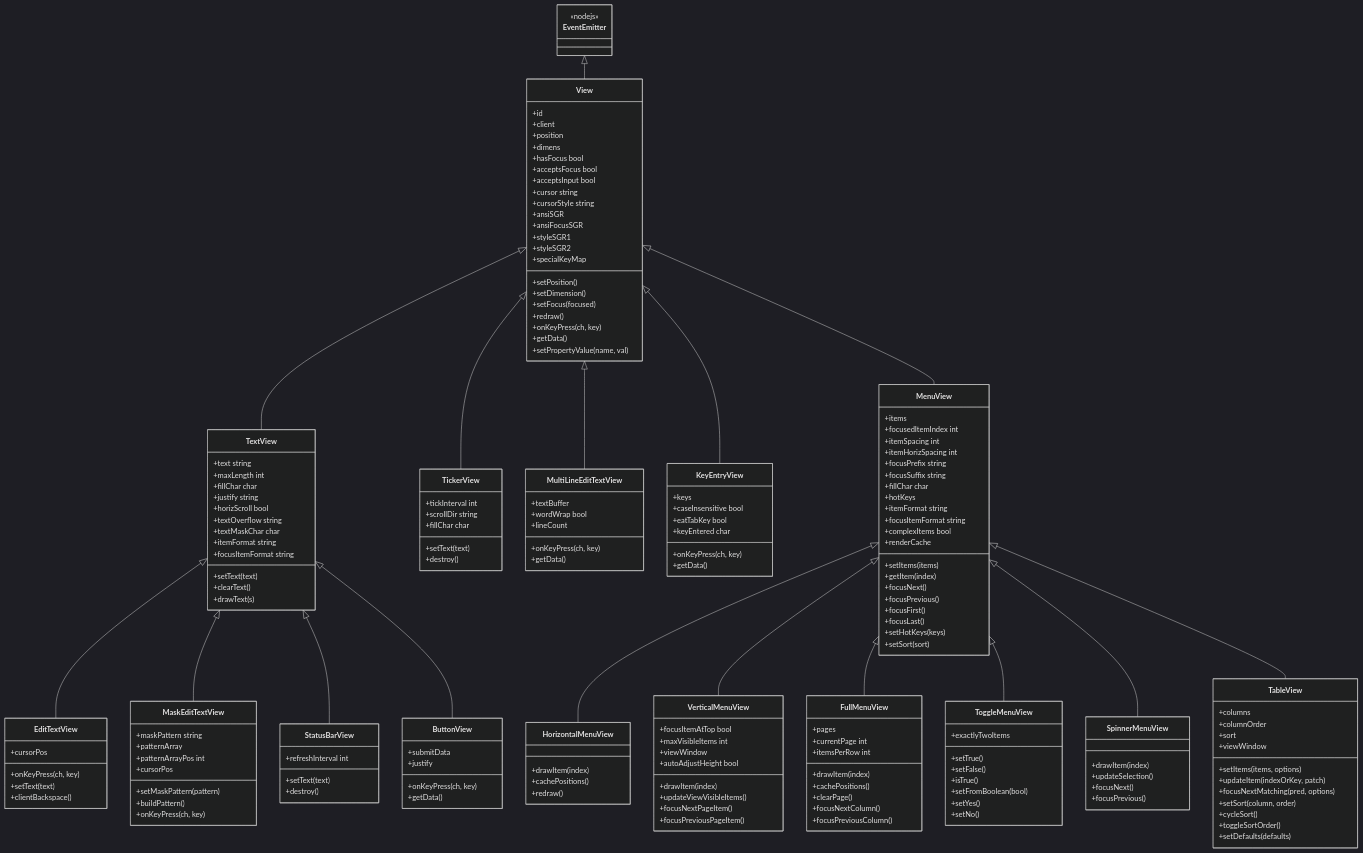
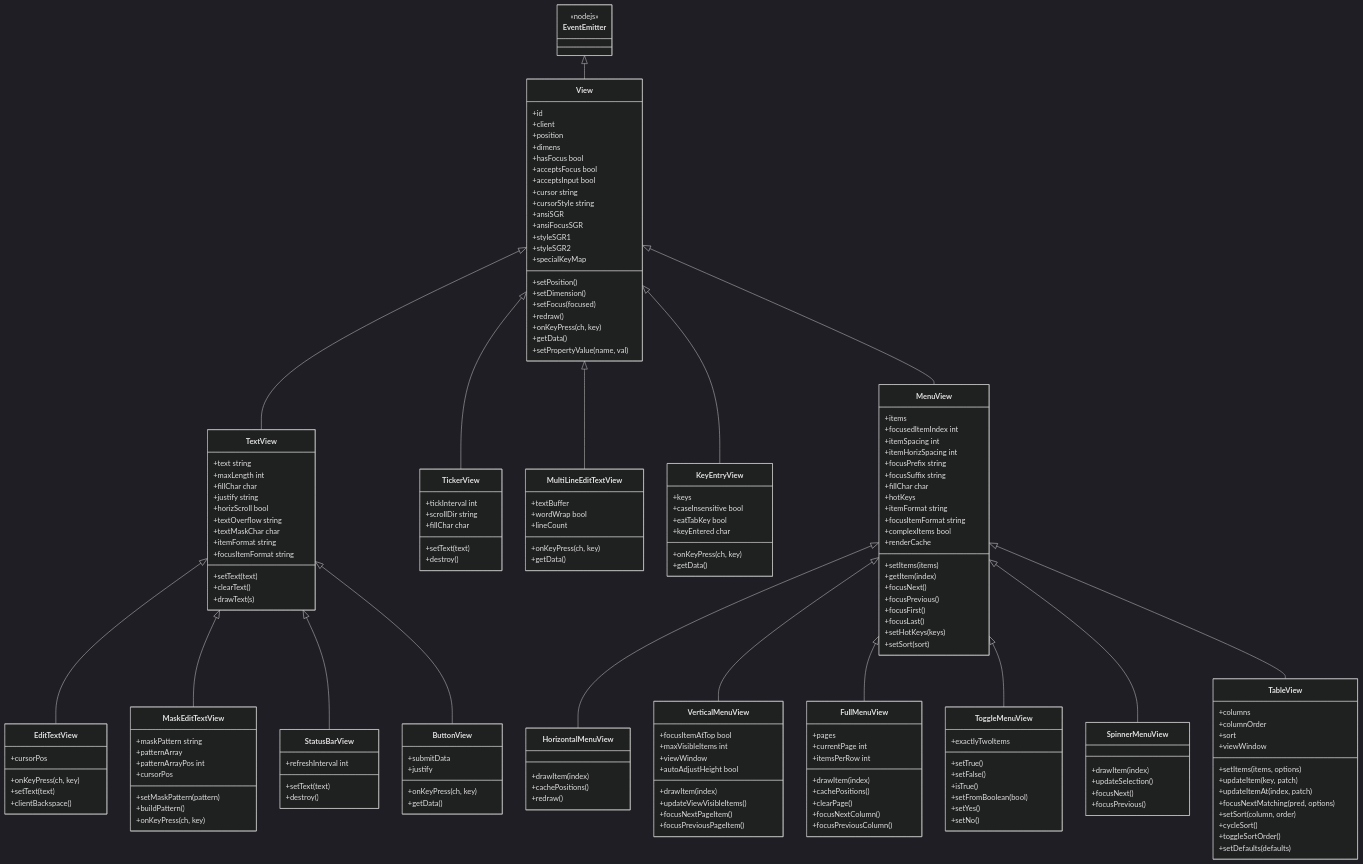
One commit to NuSkooler/enigma-bbs changed the diagram in website/src/content/docs/art/views/views.md. Above: the diagram before and after it, drawn with Mermaid (dark theme). The commit also changed other lines of this file and 6 other files, not shown here.

```diff
--- a/website/src/content/docs/art/views/views.md
+++ b/website/src/content/docs/art/views/views.md
@@ -310,7 +310,8 @@
         +sort
         +viewWindow
         +setItems(items, options)
-        +updateItem(indexOrKey, patch)
+        +updateItem(key, patch)
+        +updateItemAt(index, patch)
         +focusNextMatching(pred, options)
         +setSort(column, order)
         +cycleSort()
```
